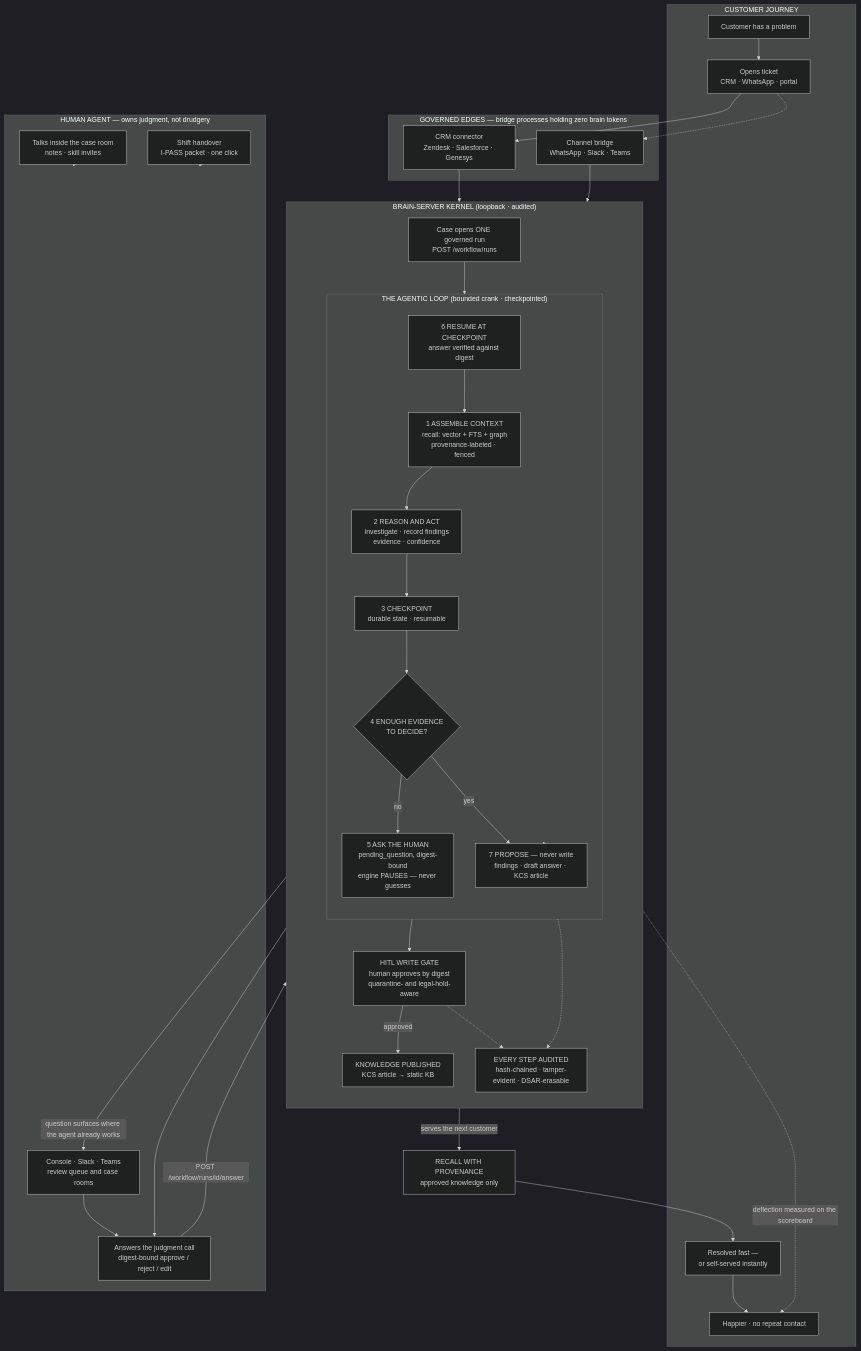
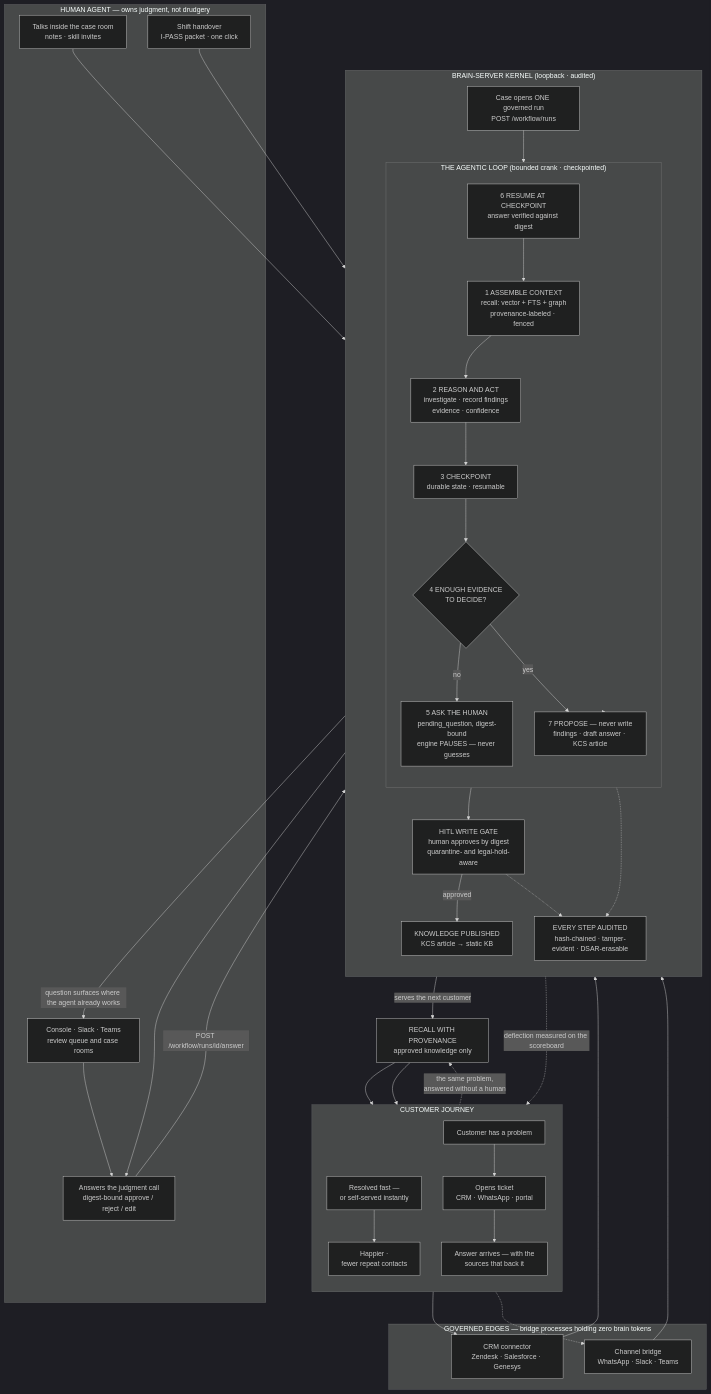
The second of 7 diagrams in docs/architecture.md (markfietje/brain-server), drawn with Mermaid (dark theme) before and after one commit. The commit also changed other lines of this file, not shown here.

First line of the commit message:
docs: the process box as mermaid, a closed customer journey, and who may decide

````diff
--- a/docs/architecture.md
+++ b/docs/architecture.md
@@ -140,62 +140,67 @@
 ```mermaid
 flowchart TD
     subgraph CUST["CUSTOMER JOURNEY"]
+        direction TB
         C1["Customer has a problem"] --> C2["Opens ticket<br/>CRM · WhatsApp · portal"]
-        C10["Resolved fast —<br/>or self-served instantly"] --> C11["Happier · no repeat contact"]
+        C3["Answer arrives — with the<br/>sources that back it"]
+        C10["Resolved fast —<br/>or self-served instantly"] --> C11["Happier ·<br/>fewer repeat contacts"]
+        C2 --> C3
     end
 
     subgraph EDGE["GOVERNED EDGES — bridge processes holding zero brain tokens"]
         E1["CRM connector<br/>Zendesk · Salesforce · Genesys"]
         E2["Channel bridge<br/>WhatsApp · Slack · Teams"]
     end
 
     C2 --> E1
     C2 -.-> E2
 
     subgraph KERNEL["BRAIN-SERVER KERNEL (loopback · audited)"]
         direction TB
         I1["Case opens ONE governed run<br/>POST /workflow/runs"]
         subgraph LOOP["THE AGENTIC LOOP (bounded crank · checkpointed)"]
             direction TB
             L1["1 ASSEMBLE CONTEXT<br/>recall: vector + FTS + graph<br/>provenance-labeled · fenced"]
             L2["2 REASON AND ACT<br/>investigate · record findings<br/>evidence · confidence"]
             L3["3 CHECKPOINT<br/>durable state · resumable"]
             L4{"4 ENOUGH EVIDENCE<br/>TO DECIDE?"}
             L5["5 ASK THE HUMAN<br/>pending_question, digest-bound<br/>engine PAUSES — never guesses"]
             L6["6 RESUME AT CHECKPOINT<br/>answer verified against digest"]
             L1 --> L2 --> L3 --> L4
             L4 -- "no" --> L5
             L6 --> L1
             L4 -- "yes" --> L7
         end
         L7["7 PROPOSE — never write<br/>findings · draft answer · KCS article"]
         G1["HITL WRITE GATE<br/>human approves by digest<br/>quarantine- and legal-hold-aware"]
         K1["KNOWLEDGE PUBLISHED<br/>KCS article → static KB"]
         A1["EVERY STEP AUDITED<br/>hash-chained · tamper-evident · DSAR-erasable"]
         I1 --> LOOP
         LOOP --> L7 --> G1
         G1 -- "approved" --> K1
         G1 -.-> A1
         LOOP -.-> A1
     end
 
     subgraph HUMAN["HUMAN AGENT — owns judgment, not drudgery"]
         H1["Console · Slack · Teams<br/>review queue and case rooms"]
         H2["Answers the judgment call<br/>digest-bound approve / reject / edit"]
         H3["Talks inside the case room<br/>notes · skill invites"]
         H4["Shift handover<br/>I-PASS packet · one click"]
     end
 
     E1 --> I1
     E2 --> I1
     L5 -- "question surfaces where the agent already works" --> H1
     H1 --> H2
     H2 -- "POST /workflow/runs/id/answer" --> L6
     H3 --> LOOP
     H4 --> LOOP
     G1 --> H2
 
     K1 -- "serves the next customer" --> R1["RECALL WITH PROVENANCE<br/>approved knowledge only"]
+    R1 --> C3
     R1 --> C10
     K1 -.->|deflection measured on the scoreboard| C11
+    C11 -.->|"the same problem,<br/>answered without a human"| R1
 ```
````
